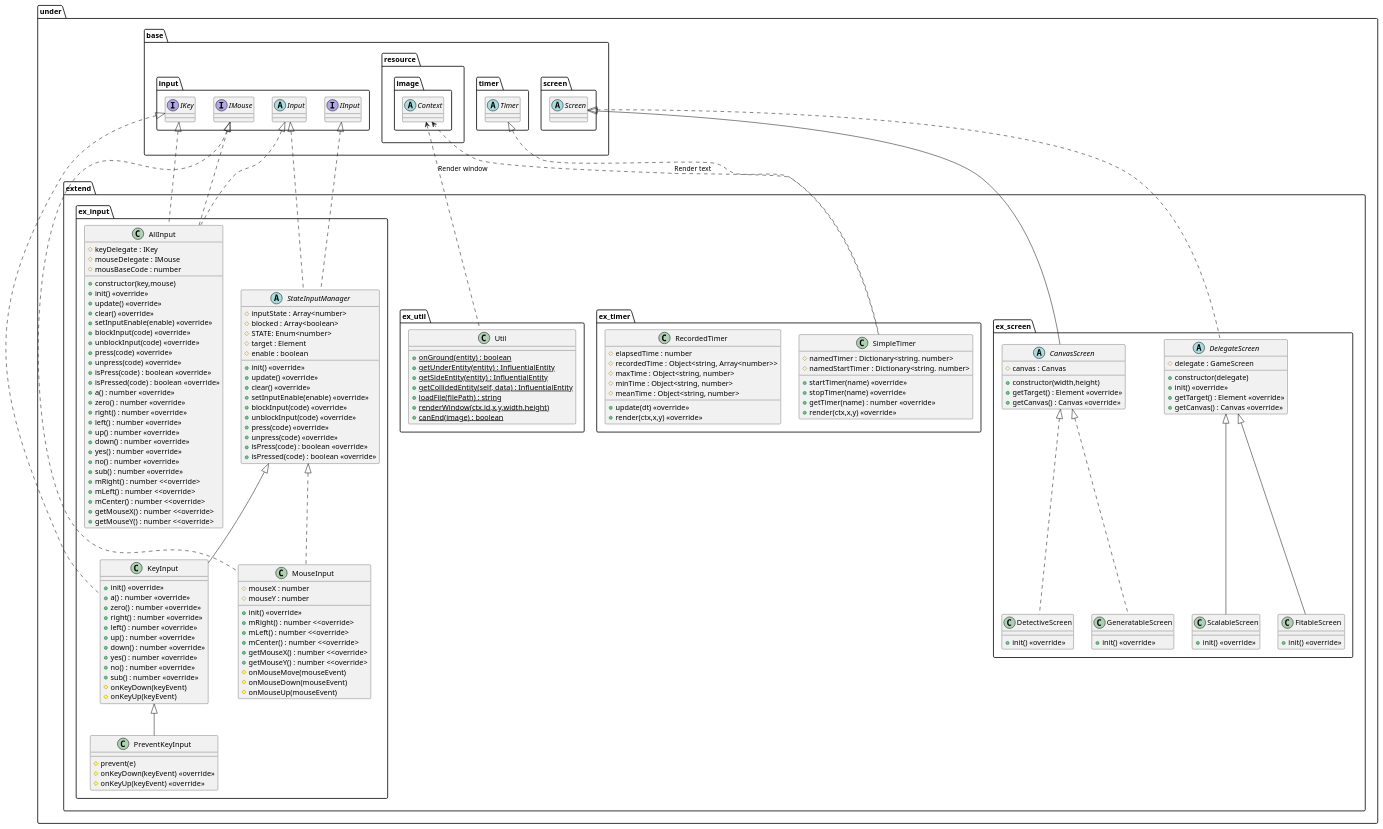
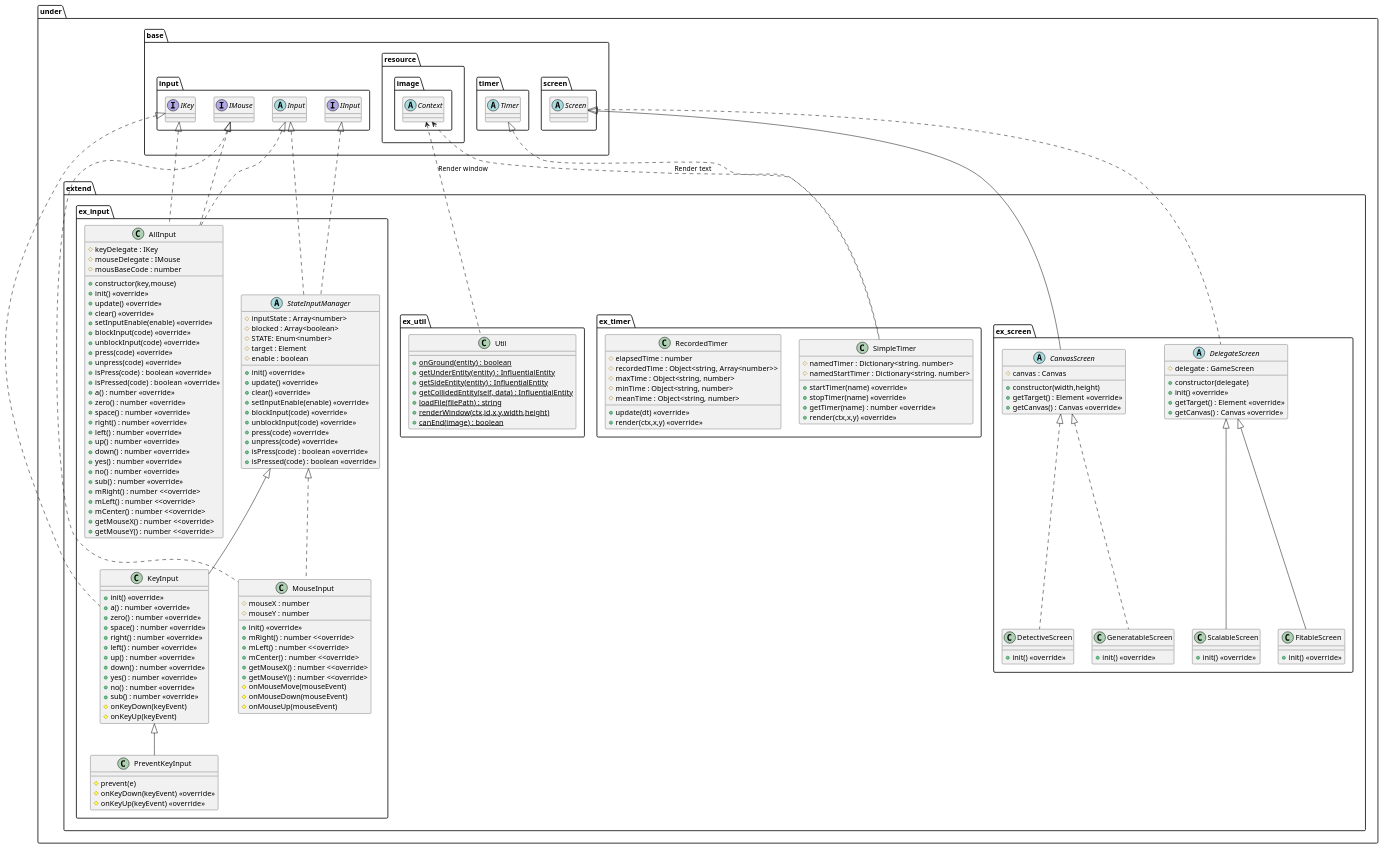
One commit to Expine/Under changed the diagram in uml/gamebase/Extend.wsd. Above: the diagram before and after it, drawn with PlantUML. The commit also changed 6 other files, not shown here.

```diff
--- a/uml/gamebase/Extend.wsd
+++ b/uml/gamebase/Extend.wsd
@@ -1,194 +1,196 @@
 @startuml GameBaseExtend
 
 package under {
     package extend {
         package ex_input {
             abstract StateInputManager {
                 #inputState : Array<number>
                 #blocked : Array<boolean>
                 #STATE: Enum<number>
                 #target : Element
                 #enable : boolean
                 +init() <<override>>
                 +update() <<override>>
                 +clear() <<override>>
                 +setInputEnable(enable) <<override>>
                 +blockInput(code) <<override>>
                 +unblockInput(code) <<override>>
                 +press(code) <<override>>
                 +unpress(code) <<override>>
                 +isPress(code) : boolean <<override>>
                 +isPressed(code) : boolean <<override>>
             }
             class KeyInput {
                 +init() <<override>>
                 +a() : number <<override>>
                 +zero() : number <<override>>
+                +space() : number <<override>>
                 +right() : number <<override>>
                 +left() : number <<override>>
                 +up() : number <<override>>
                 +down() : number <<override>>
                 +yes() : number <<override>>
                 +no() : number <<override>>
                 +sub() : number <<override>>
                 #onKeyDown(keyEvent)
                 #onKeyUp(keyEvent)
             }
             class PreventKeyInput {
                 #prevent(e)
                 #onKeyDown(keyEvent) <<override>>
                 #onKeyUp(keyEvent) <<override>>
             }
             class MouseInput {
                 #mouseX : number
                 #mouseY : number
                 +init() <<override>>
                 +mRight() : number <<override>
                 +mLeft() : number <<override>
                 +mCenter() : number <<override>
                 +getMouseX() : number <<override>
                 +getMouseY() : number <<override>
                 #onMouseMove(mouseEvent)
                 #onMouseDown(mouseEvent)
                 #onMouseUp(mouseEvent)
 
             }
             class AllInput {
                 +constructor(key,mouse)
                 #keyDelegate : IKey
                 #mouseDelegate : IMouse
                 #mousBaseCode : number
                 +init() <<override>>
                 +update() <<override>>
                 +clear() <<override>>
                 +setInputEnable(enable) <<override>>
                 +blockInput(code) <<override>>
                 +unblockInput(code) <<override>>
                 +press(code) <<override>>
                 +unpress(code) <<override>>
                 +isPress(code) : boolean <<override>>
                 +isPressed(code) : boolean <<override>>
                 +a() : number <<override>>
                 +zero() : number <<override>>
+                +space() : number <<override>>
                 +right() : number <<override>>
                 +left() : number <<override>>
                 +up() : number <<override>>
                 +down() : number <<override>>
                 +yes() : number <<override>>
                 +no() : number <<override>>
                 +sub() : number <<override>>
                 +mRight() : number <<override>
                 +mLeft() : number <<override>
                 +mCenter() : number <<override>
                 +getMouseX() : number <<override>
                 +getMouseY() : number <<override>
             }
         }
         package ex_screen {
             abstract CanvasScreen {
                 +constructor(width,height)
                 #canvas : Canvas
                 +getTarget() : Element <<override>>
                 +getCanvas() : Canvas <<override>>
             }
             class DetectiveScreen {
                 +init() <<override>>
             }
             class GeneratableScreen {
                 +init() <<override>>
             }
             abstract DelegateScreen {
                 +constructor(delegate)
                 #delegate : GameScreen
                 +init() <<override>>
                 +getTarget() : Element <<override>>
                 +getCanvas() : Canvas <<override>>
             }
             class ScalableScreen {
                 +init() <<override>>
             }
             class FitableScreen {
                 +init() <<override>>
             }
         }
 
         package ex_timer {
             class SimpleTimer {
                 #namedTimer : Dictionary<string. number>
                 #namedStartTimer : Dictionary<string. number>
                 +startTimer(name) <<override>>
                 +stopTimer(name) <<override>>
                 +getTimer(name) : number <<override>>
                 +render(ctx,x,y) <<override>>
             }
             class RecordedTimer {
                 #elapsedTime : number
                 #recordedTime : Object<string, Array<number>>
                 #maxTime : Object<string, number>
                 #minTime : Object<string, number>
                 #meanTime : Object<string, number>
                 +update(dt) <<override>>
                 +render(ctx,x,y) <<override>>
             }
         }
 
         package ex_util {
             class Util {
                 {static} +onGround(entity) : boolean
                 {static} +getUnderEntity(entity) : InfluentialEntity
                 {static} +getSideEntity(entity) : InfluentialEntity
                 {static} +getCollidedEntity(self, data) : InfluentialEntity
                 {static} +loadFile(filePath) : string
                 {static} +renderWindow(ctx,id,x,y,width,height)
                 {static} +canEnd(image) : boolean
             }
         }
     }
 }
 
 package under {
     package base {
         package input {
             abstract Input
             interface IInput
             interface IKey
             interface IMouse
         }
         package resource {
             package image {
                 abstract Context
             }
         }
         package timer {
             abstract Timer
         }
         package screen {
             abstract Screen
         }
     }
 }
 
 Context <.. SimpleTimer : Render text
 Context <.. Util : Render window
 
 Input <|.. AllInput
 IKey <|.. AllInput
 IMouse <|.. AllInput
 Input <|.. StateInputManager
 IInput <|.. StateInputManager
 StateInputManager <|-- KeyInput
 IKey <|.. KeyInput
 KeyInput <|-- PreventKeyInput
 StateInputManager <|.. MouseInput
 IMouse <|.. MouseInput
 
 Screen <|-- CanvasScreen
 Screen <|.. DelegateScreen
 CanvasScreen <|.. DetectiveScreen
 CanvasScreen <|.. GeneratableScreen
 DelegateScreen <|-- ScalableScreen
 DelegateScreen <|-- FitableScreen
 
 Timer <|.. SimpleTimer
 
 @enduml
```
